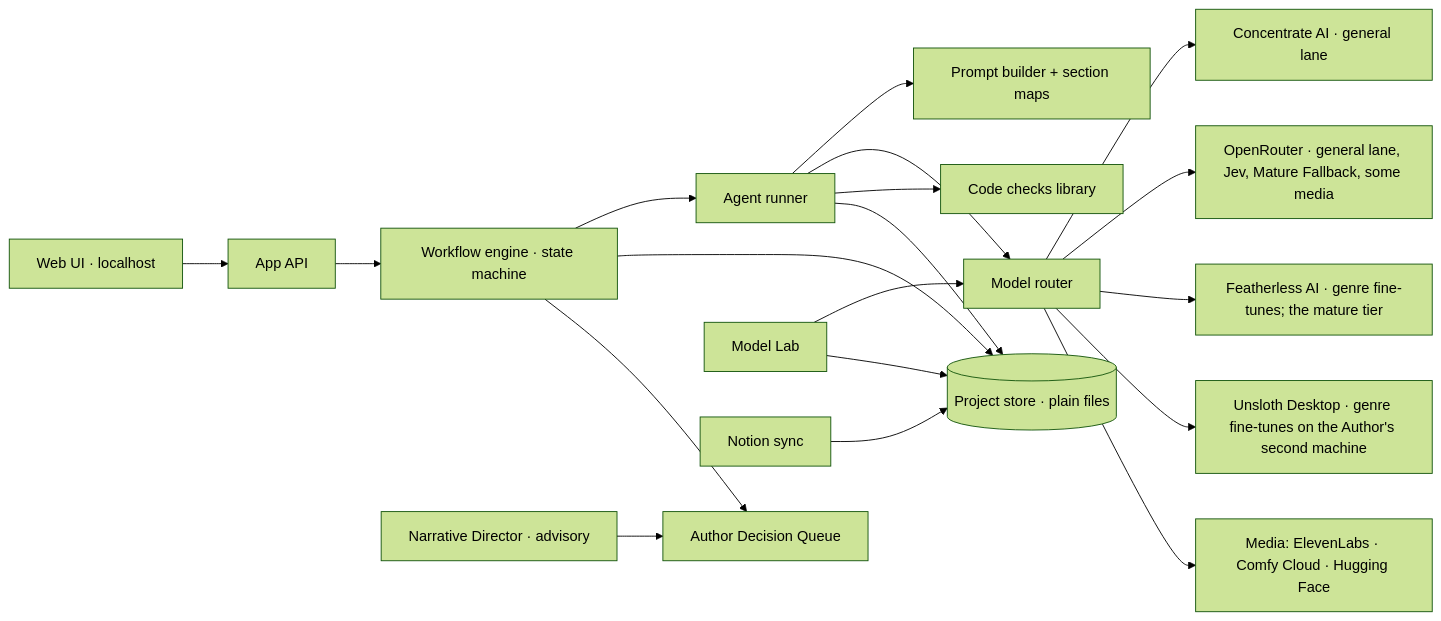
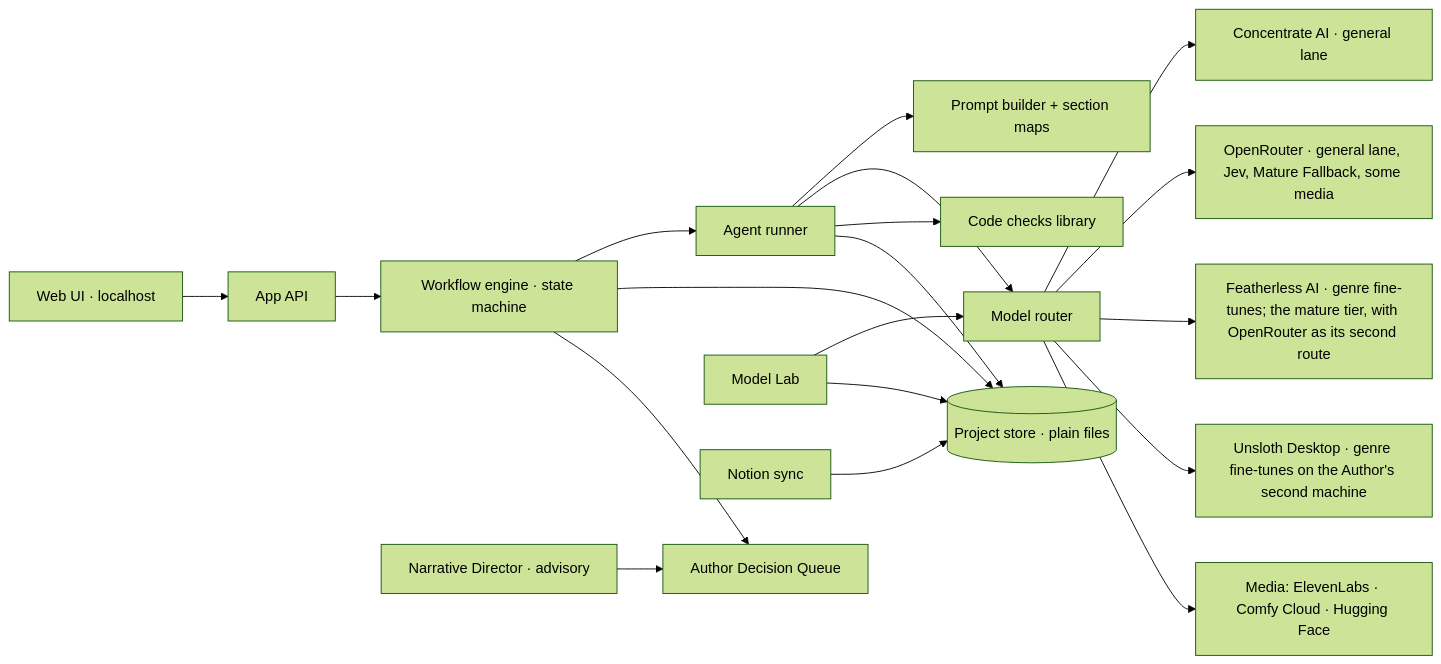
Before and after one commit to gracie007-cloud/writing-EOS: the diagram in docs/WRITING_EOS_REQUIREMENTS_AND_ARCHITECTURE.md, drawn with Mermaid (forest theme). The commit also changed other lines of this file and 13 other files, not shown here.

First line of the commit message:
Rebuild the mature tier from the Notion catalog and the 14 Nov register (D33)

````diff
--- a/docs/WRITING_EOS_REQUIREMENTS_AND_ARCHITECTURE.md
+++ b/docs/WRITING_EOS_REQUIREMENTS_AND_ARCHITECTURE.md
@@ -712,21 +714,21 @@
 ```mermaid
 graph LR
   UI[Web UI · localhost] --> API[App API]
   API --> WF[Workflow engine · state machine]
   WF --> AG[Agent runner]
   AG --> PB[Prompt builder + section maps]
   AG --> RT[Model router]
   RT --> CA[Concentrate AI · general lane]
   RT --> OR[OpenRouter · general lane, Jev, Mature Fallback, some media]
-  RT --> FL[Featherless AI · genre fine-tunes; the mature tier]
+  RT --> FL[Featherless AI · genre fine-tunes; the mature tier, with OpenRouter as its second route]
   RT --> UD[Unsloth Desktop · genre fine-tunes on the Author's second machine]
   RT --> MD[Media: ElevenLabs · Comfy Cloud · Hugging Face]
   AG --> CK[Code checks library]
   WF --> ST[(Project store · plain files)]
   AG --> ST
   WF --> DQ[Author Decision Queue]
   ML[Model Lab] --> RT
   ML --> ST
   NS[Notion sync] --> ST
   ND[Narrative Director · advisory] --> DQ
 ```
````
